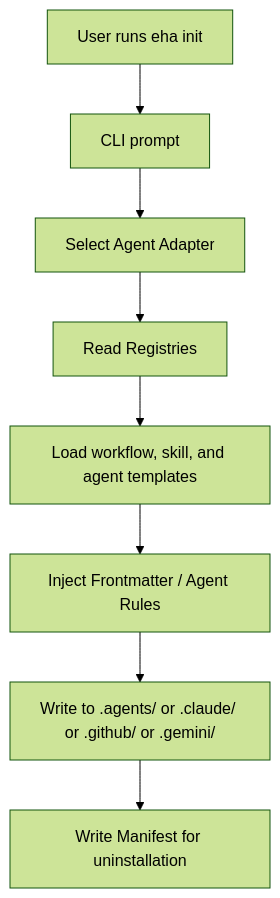
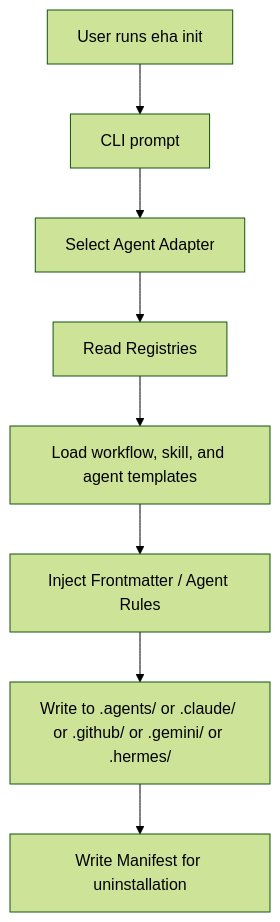
One commit to SallMarta/eye-hate-agent changed the first of 2 diagrams in docs/project-docs/foundation/architecture.md. Above: the diagram before and after it, drawn with Mermaid (forest theme). The commit also changed other lines of this file and 13 other files, not shown here.

````diff
--- a/docs/project-docs/foundation/architecture.md
+++ b/docs/project-docs/foundation/architecture.md
@@ -56,10 +56,10 @@
 ```mermaid
 graph TD
     A[User runs eha init] --> B[CLI prompt]
     B --> C[Select Agent Adapter]
     C --> D[Read Registries]
     D --> E[Load workflow, skill, and agent templates]
     E --> F[Inject Frontmatter / Agent Rules]
-    F --> G[Write to .agents/ or .claude/ or .github/ or .gemini/]
+    F --> G[Write to .agents/ or .claude/ or .github/ or .gemini/ or .hermes/]
     G --> H[Write Manifest for uninstallation]
 ```
````
